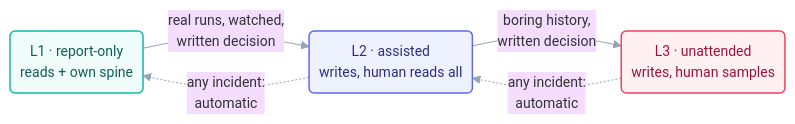
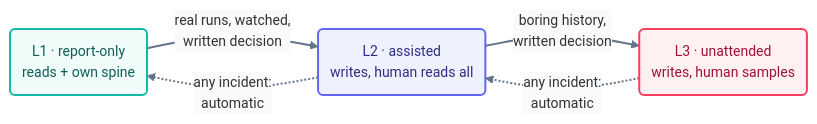
The diagram in docs/10-operating/safety.md (ayeshakhalid192007-dev/LoopEngineering-CrashCourse), drawn with Mermaid before and after one commit. The commit also changed 66 other files, not shown here.

First line of the commit message:
docs(diagrams): bolden and unify all 70 mermaid diagrams

````diff
--- a/docs/10-operating/safety.md
+++ b/docs/10-operating/safety.md
@@ -37,11 +37,12 @@
 ```mermaid
-%%{init: {'theme':'base','themeVariables':{'fontFamily':'ui-sans-serif, system-ui, sans-serif','fontSize':'14px','lineColor':'#94a3b8'},'flowchart':{'curve':'basis','nodeSpacing':45,'rankSpacing':50,'padding':10}}}%%
+%%{init: {'theme':'base','themeVariables':{'fontFamily':'ui-sans-serif, system-ui, sans-serif','fontSize':'14px','lineColor':'#64748b','edgeLabelBackground':'#f8fafc'},'flowchart':{'curve':'basis','nodeSpacing':45,'rankSpacing':55,'padding':12}}}%%
 flowchart LR
     L1c("L1 · report-only<br/>reads + own spine"):::l1 -->|"real runs, watched,<br/>written decision"| L2c("L2 · assisted<br/>writes, human reads all"):::l2
     L2c -->|"boring history,<br/>written decision"| L3c("L3 · unattended<br/>writes, human samples"):::l3
     L3c -.->|"any incident:<br/>automatic"| L2c
     L2c -.->|"any incident:<br/>automatic"| L1c
-    classDef l1 fill:#effcf9,stroke:#14b8a6,stroke-width:1.5px,color:#115e59;
-    classDef l2 fill:#eef2ff,stroke:#6366f1,stroke-width:1.5px,color:#312e81;
-    classDef l3 fill:#fff1f2,stroke:#f43f5e,stroke-width:1.5px,color:#9f1239;
+    linkStyle default stroke:#64748b,stroke-width:2px;
+    classDef l1 fill:#effcf9,stroke:#14b8a6,stroke-width:2px,color:#115e59;
+    classDef l2 fill:#eef2ff,stroke:#6366f1,stroke-width:2px,color:#312e81;
+    classDef l3 fill:#fff1f2,stroke:#f43f5e,stroke-width:2px,color:#9f1239;
 ```
````
